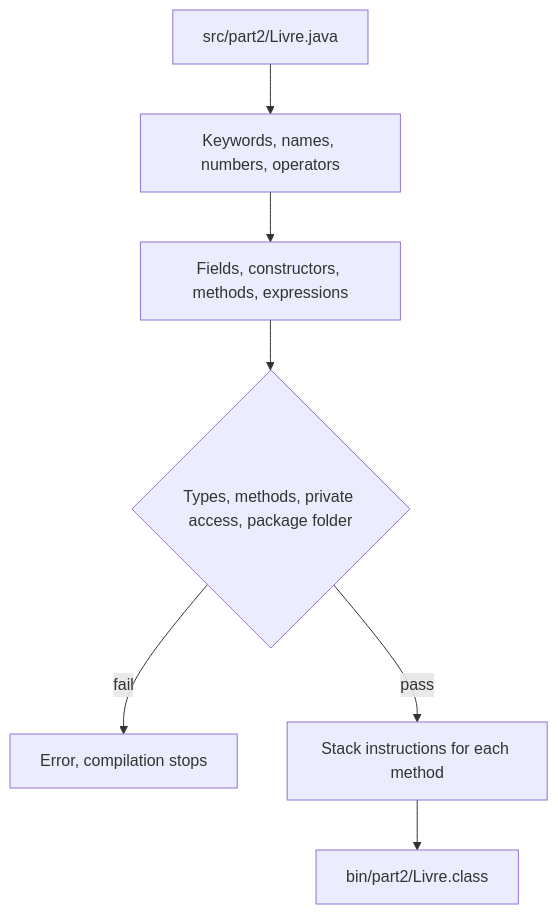
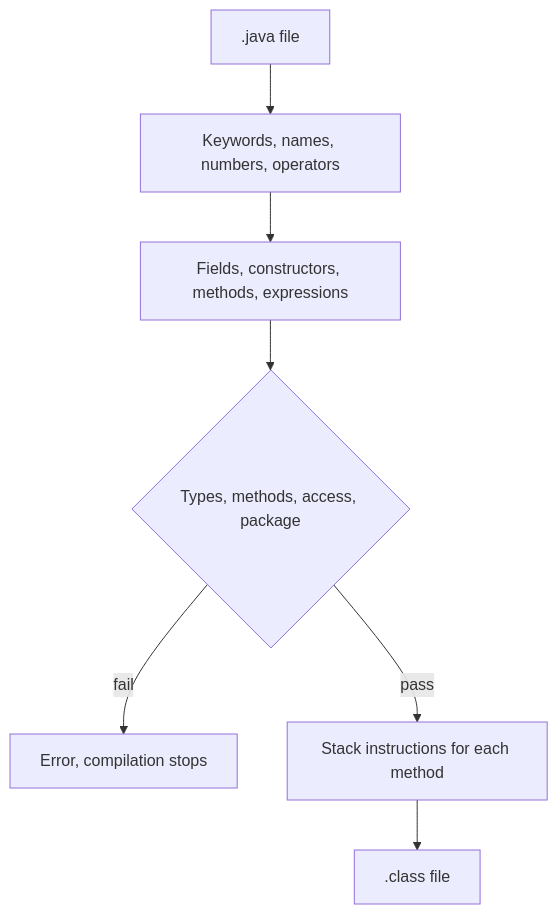
Before and after one commit to ELMAALMI/estm-2026-java-tps: the second of 3 diagrams in README.md, drawn with Mermaid. The commit also changed other lines of this file, not shown here.

````diff
--- a/README.md
+++ b/README.md
@@ -40,9 +40,9 @@
 ```mermaid
 flowchart TD
-  file["src/part2/Livre.java"] --> tokens["Keywords, names, numbers, operators"]
+  file[".java file"] --> tokens["Keywords, names, numbers, operators"]
   tokens --> tree["Fields, constructors, methods, expressions"]
-  tree --> checks{"Types, methods, private access, package folder"}
+  tree --> checks{"Types, methods, access, package"}
   checks -->|fail| err["Error, compilation stops"]
   checks -->|pass| bc["Stack instructions for each method"]
-  bc --> out["bin/part2/Livre.class"]
+  bc --> out[".class file"]
 ```
````
